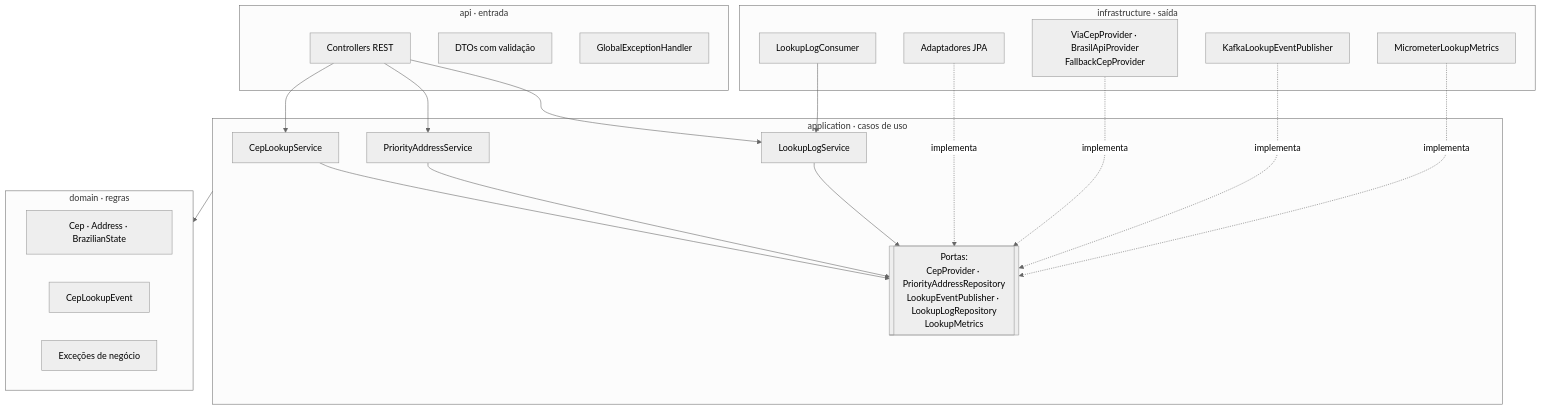
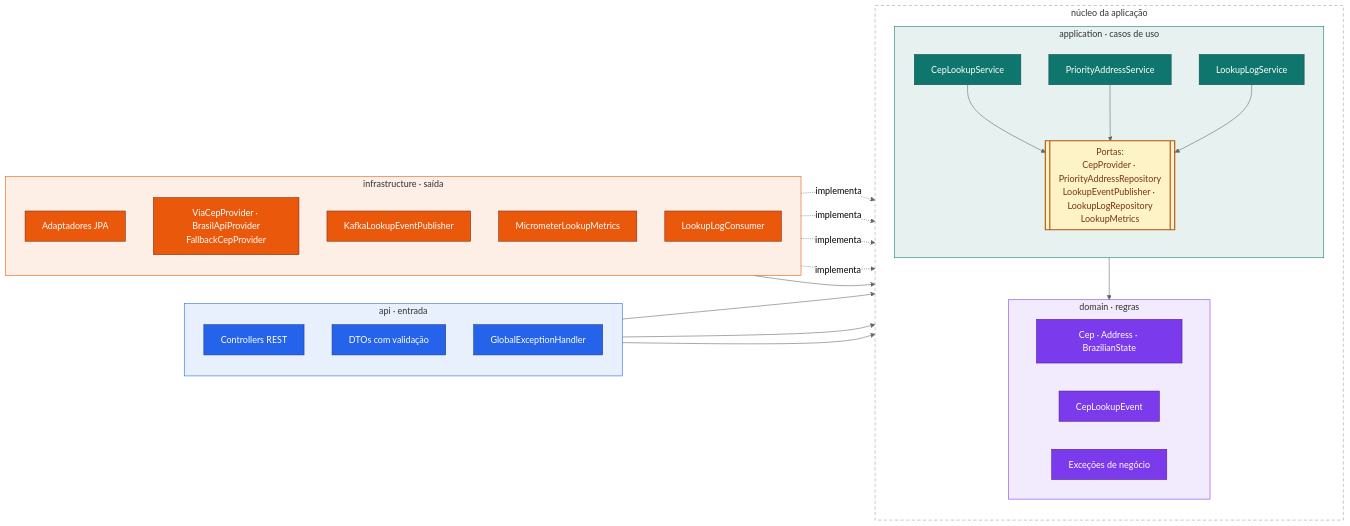
Before and after one commit to thales-mro/cep-service: the second of 5 diagrams in docs/arquitetura.md, drawn with Mermaid (neutral theme). The commit also changed other lines of this file and 1 other file, not shown here.

First line of the commit message:
Colore os diagramas e usa símbolo de fila para o Kafka

````diff
--- a/docs/arquitetura.md
+++ b/docs/arquitetura.md
@@ -40,42 +67,64 @@
 ```mermaid
-flowchart TB
+flowchart LR
     subgraph api[api · entrada]
+        direction TB
         ctrl[Controllers REST]
         dto[DTOs com validação]
         err[GlobalExceptionHandler]
     end
 
-    subgraph application[application · casos de uso]
-        lookup[CepLookupService]
-        priority[PriorityAddressService]
-        logsvc[LookupLogService]
-        ports[[Portas:<br/>CepProvider · PriorityAddressRepository<br/>LookupEventPublisher · LookupLogRepository<br/>LookupMetrics]]
-    end
-
-    subgraph domain[domain · regras]
-        model[Cep · Address · BrazilianState]
-        event[CepLookupEvent]
-        exc[Exceções de negócio]
+    subgraph core[núcleo da aplicação]
+        direction TB
+        subgraph application[application · casos de uso]
+            direction TB
+            lookup[CepLookupService]
+            priority[PriorityAddressService]
+            logsvc[LookupLogService]
+            ports[[Portas:<br/>CepProvider · PriorityAddressRepository<br/>LookupEventPublisher · LookupLogRepository<br/>LookupMetrics]]
+        end
+        subgraph domain[domain · regras]
+            direction LR
+            model[Cep · Address · BrazilianState]
+            event[CepLookupEvent]
+            exc[Exceções de negócio]
+        end
     end
 
     subgraph infra[infrastructure · saída]
+        direction TB
         jpa[Adaptadores JPA]
         prov[ViaCepProvider · BrasilApiProvider<br/>FallbackCepProvider]
         kpub[KafkaLookupEventPublisher]
+        metrics[MicrometerLookupMetrics]
         kcons[LookupLogConsumer]
-        metrics[MicrometerLookupMetrics]
     end
 
     ctrl --> lookup
     ctrl --> priority
     ctrl --> logsvc
     lookup --> ports
     priority --> ports
     logsvc --> ports
     application --> domain
     jpa -. implementa .-> ports
     prov -. implementa .-> ports
     kpub -. implementa .-> ports
     metrics -. implementa .-> ports
     kcons --> logsvc
+
+    classDef entry fill:#2563eb,stroke:#1e3a8a,color:#fff
+    classDef usecase fill:#0f766e,stroke:#134e4a,color:#fff
+    classDef port fill:#fef3c7,stroke:#b45309,color:#78350f,stroke-width:2px
+    classDef model fill:#7c3aed,stroke:#4c1d95,color:#fff
+    classDef adapter fill:#ea580c,stroke:#7c2d12,color:#fff
+    class ctrl,dto,err entry
+    class lookup,priority,logsvc usecase
+    class ports port
+    class model,event,exc model
+    class jpa,prov,kpub,kcons,metrics adapter
+    style core fill:none,stroke:#94a3b8,stroke-dasharray:6 4
+    style api fill:#2563eb1a,stroke:#2563eb
+    style application fill:#0f766e1a,stroke:#0f766e
+    style domain fill:#7c3aed1a,stroke:#7c3aed
+    style infra fill:#ea580c1a,stroke:#ea580c
 ```
````
